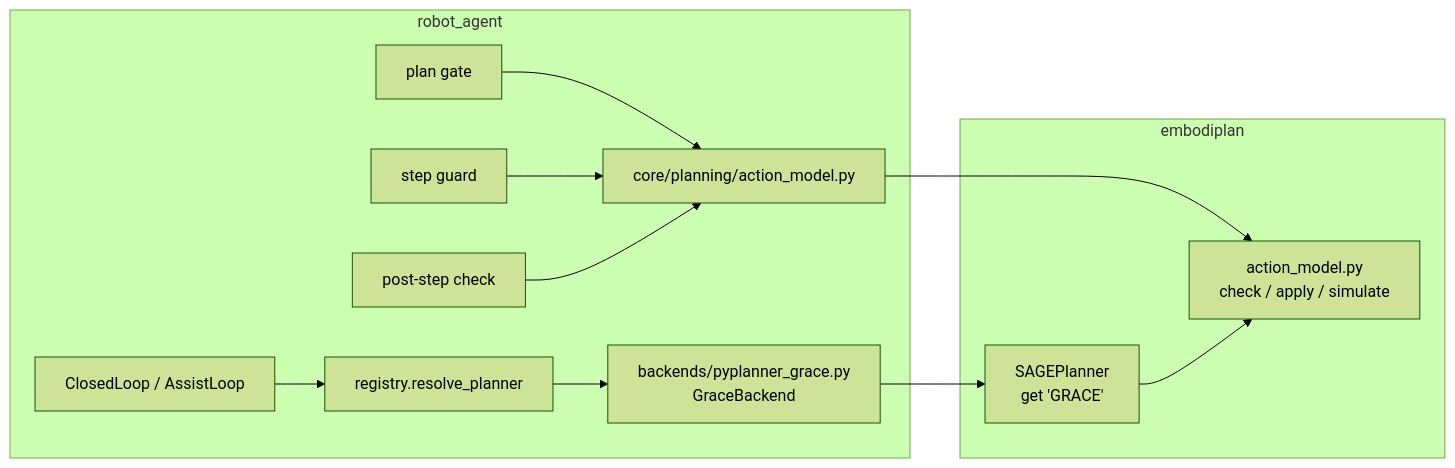
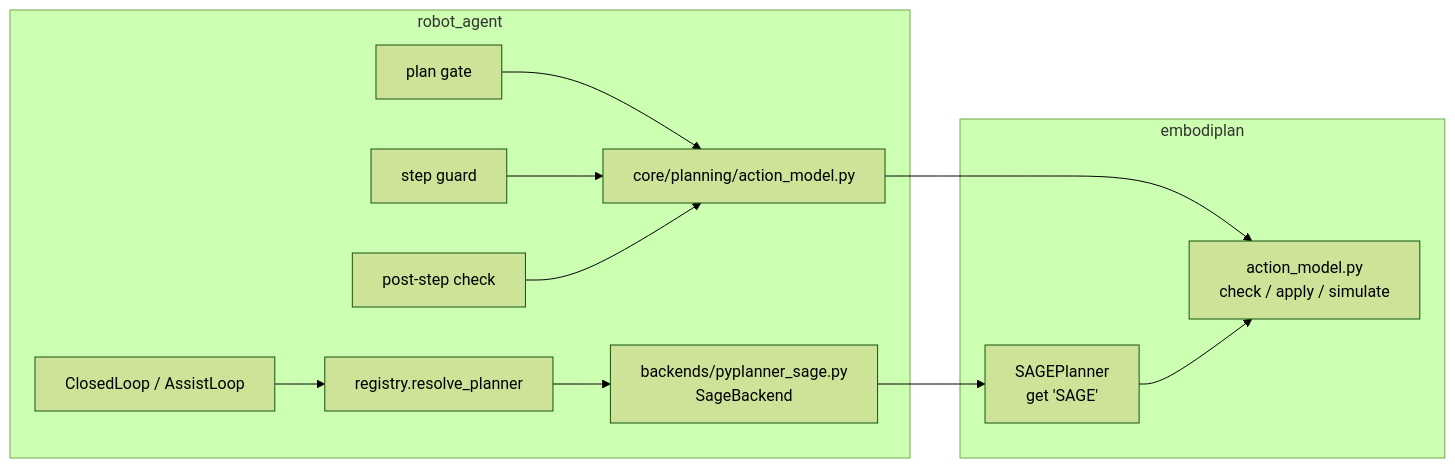
One commit to mtbui2010/robot_agent changed the diagram in website/docs/contracts/planner-library.md. Above: the diagram before and after it, drawn with Mermaid (forest theme). The commit also changed other lines of this file and 17 other files, not shown here.

First line of the commit message:
website: GRACE is now SAGE: planner names, bridges, links re-pinned to 5058637 with checked line ranges; benchmark page names the key robot_agent:grace as the benchmark's own

````diff
--- a/website/docs/contracts/planner-library.md
+++ b/website/docs/contracts/planner-library.md
@@ -24,22 +24,22 @@
 ```mermaid
 flowchart LR
   subgraph HUB[robot_agent]
     LOOP[ClosedLoop / AssistLoop]
     REG[registry.resolve_planner]
-    GB[backends/pyplanner_grace.py<br/>GraceBackend]
+    GB[backends/pyplanner_sage.py<br/>SageBackend]
     AM[core/planning/action_model.py]
     GATE[plan gate]
     GUARD[step guard]
     VER[post-step check]
   end
   subgraph LIB[embodiplan]
-    SAGE[SAGEPlanner<br/>get 'GRACE']
+    SAGE[SAGEPlanner<br/>get 'SAGE']
     MODEL[action_model.py<br/>check / apply / simulate]
   end
   LOOP --> REG --> GB --> SAGE
   GATE --> AM
   GUARD --> AM
   VER --> AM
   AM --> MODEL
   SAGE --> MODEL
 ```
````
